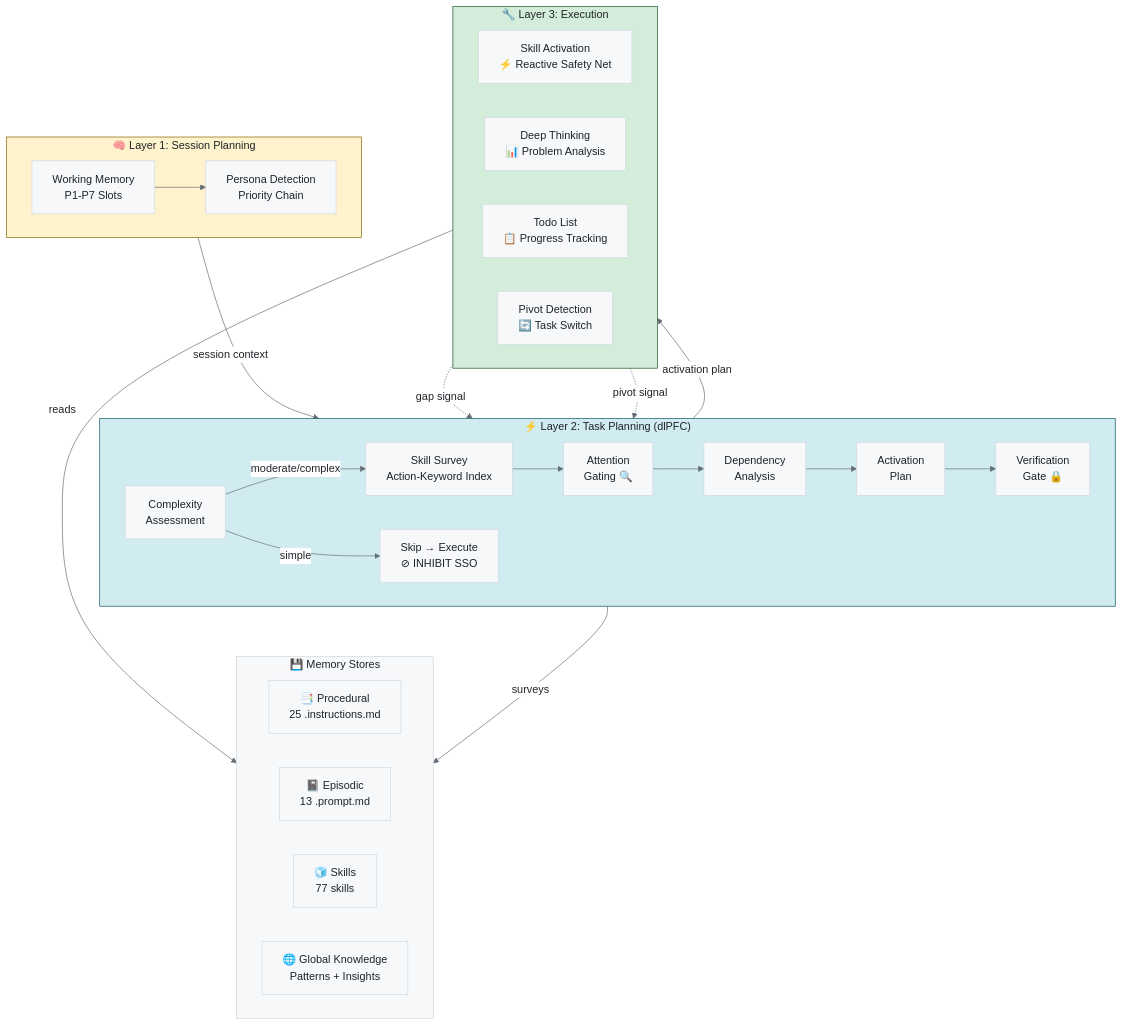
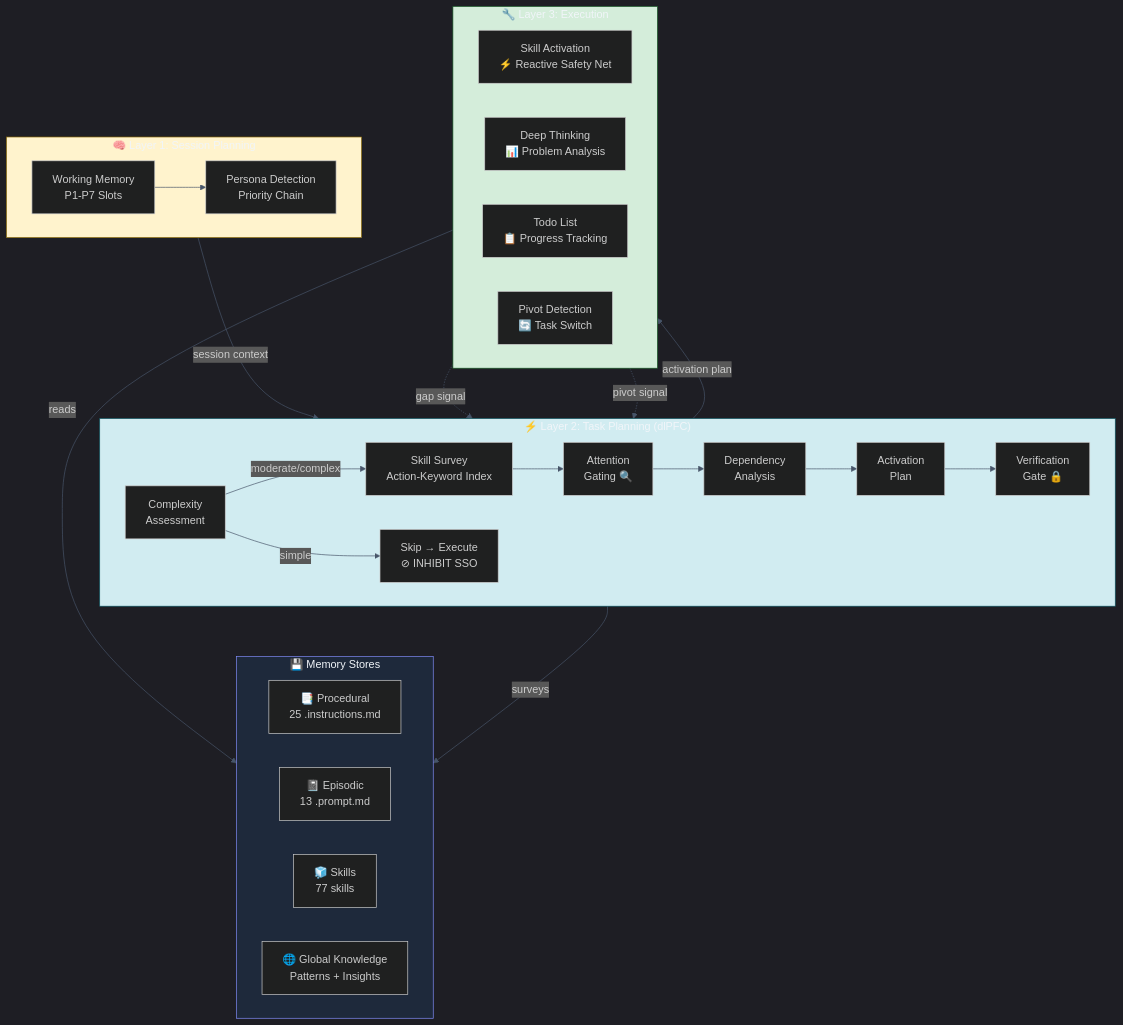
The sixth of 7 diagrams in alex_docs/architecture/COGNITIVE-ARCHITECTURE.md (fabioc-aloha/Alex_Plug_In), drawn with Mermaid before and after one commit. The commit also changed other lines of this file and 13 other files, not shown here.

Commit message:
brand(M4.8-4.10): mermaid theme snippet + inject CorreaX theme into arch diagrams + standardize badge colors

````diff
--- a/alex_docs/architecture/COGNITIVE-ARCHITECTURE.md
+++ b/alex_docs/architecture/COGNITIVE-ARCHITECTURE.md
@@ -353,50 +353,50 @@
 ```mermaid
-%%{init: {'theme': 'base', 'themeVariables': { 'primaryColor': '#f6f8fa', 'primaryTextColor': '#1f2328', 'primaryBorderColor': '#d1d9e0', 'lineColor': '#656d76', 'secondaryColor': '#f6f8fa', 'tertiaryColor': '#ffffff', 'background': '#ffffff', 'mainBkg': '#f6f8fa', 'nodeBorder': '#d1d9e0', 'clusterBkg': '#f6f8fa', 'clusterBorder': '#d1d9e0', 'titleColor': '#1f2328', 'edgeLabelBackground': '#ffffff'}}}%%
+%%{init: {'theme': 'dark', 'themeVariables': {'background': '#0f172a', 'primaryColor': '#1e293b', 'primaryTextColor': '#f1f5f9', 'primaryBorderColor': '#818cf8', 'lineColor': '#475569', 'secondaryColor': '#1e293b', 'secondaryBorderColor': '#2dd4bf', 'tertiaryColor': '#1e293b', 'fontFamily': 'Segoe UI, system-ui, sans-serif'}}}%%
 flowchart TB
     subgraph L1["🧠 Layer 1: Session Planning"]
         direction LR
         WM["Working Memory\nP1-P7 Slots"]
         PP["Persona Detection\nPriority Chain"]
         WM --> PP
     end
 
     subgraph L2["⚡ Layer 2: Task Planning (dlPFC)"]
         direction LR
         CA["Complexity\nAssessment"]
         SS["Skill Survey\nAction-Keyword Index"]
         AG["Attention\nGating 🔍"]
         DA["Dependency\nAnalysis"]
         AP["Activation\nPlan"]
         VG["Verification\nGate 🔒"]
         CA -->|"moderate/complex"| SS --> AG --> DA --> AP --> VG
         CA -->|"simple"| SKIP["Skip → Execute\n⊘ INHIBIT SSO"]
     end
 
     subgraph L3["🔧 Layer 3: Execution"]
         direction LR
         SA["Skill Activation\n⚡ Reactive Safety Net"]
         DT["Deep Thinking\n📊 Problem Analysis"]
         TL["Todo List\n📋 Progress Tracking"]
         PD["Pivot Detection\n🔄 Task Switch"]
         SA -.->|"gap signal"| SS
         PD -.->|"pivot signal"| CA
     end
 
     subgraph Memory["💾 Memory Stores"]
         direction LR
         PROC["📑 Procedural\n25 .instructions.md"]
         EPIS["📓 Episodic\n13 .prompt.md"]
         SKILLS["🧊 Skills\n77 skills"]
         GK["🌐 Global Knowledge\nPatterns + Insights"]
     end
 
     L1 -->|"session context"| L2
     L2 -->|"activation plan"| L3
     L3 -->|"reads"| Memory
     L2 -->|"surveys"| SKILLS
 
-    style L1 fill:#fff3cd,stroke:#856404,color:#1f2328
-    style L2 fill:#d1ecf1,stroke:#0c5460,color:#1f2328
-    style L3 fill:#d4edda,stroke:#155724,color:#1f2328
-    style Memory fill:#f6f8fa,stroke:#d1d9e0,color:#1f2328
+    style L1 fill:#fff3cd,stroke:#856404,color:#f1f5f9
+    style L2 fill:#d1ecf1,stroke:#0c5460,color:#f1f5f9
+    style L3 fill:#d4edda,stroke:#155724,color:#f1f5f9
+    style Memory fill:#1e293b,stroke:#818cf8,color:#f1f5f9
 ```
````
